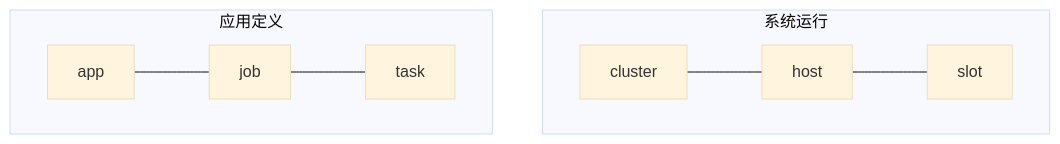
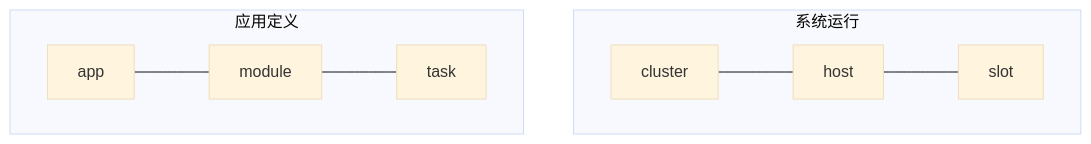
The diagram in docs/cn/source/appendix/app_spec.md (kaichao/scalebox), drawn with Mermaid (base theme) before and after one commit. The commit also changed other lines of this file and 29 other files, not shown here.

````diff
--- a/docs/cn/source/appendix/app_spec.md
+++ b/docs/cn/source/appendix/app_spec.md
@@ -9,12 +9,12 @@
 ```mermaid
 graph TD
   subgraph 系统运行
     cluster --- host
     host --- slot
   end    
 
   subgraph 应用定义
-    app --- job
-    job --- task
+    app --- module
+    module --- task
   end
 ```
````
